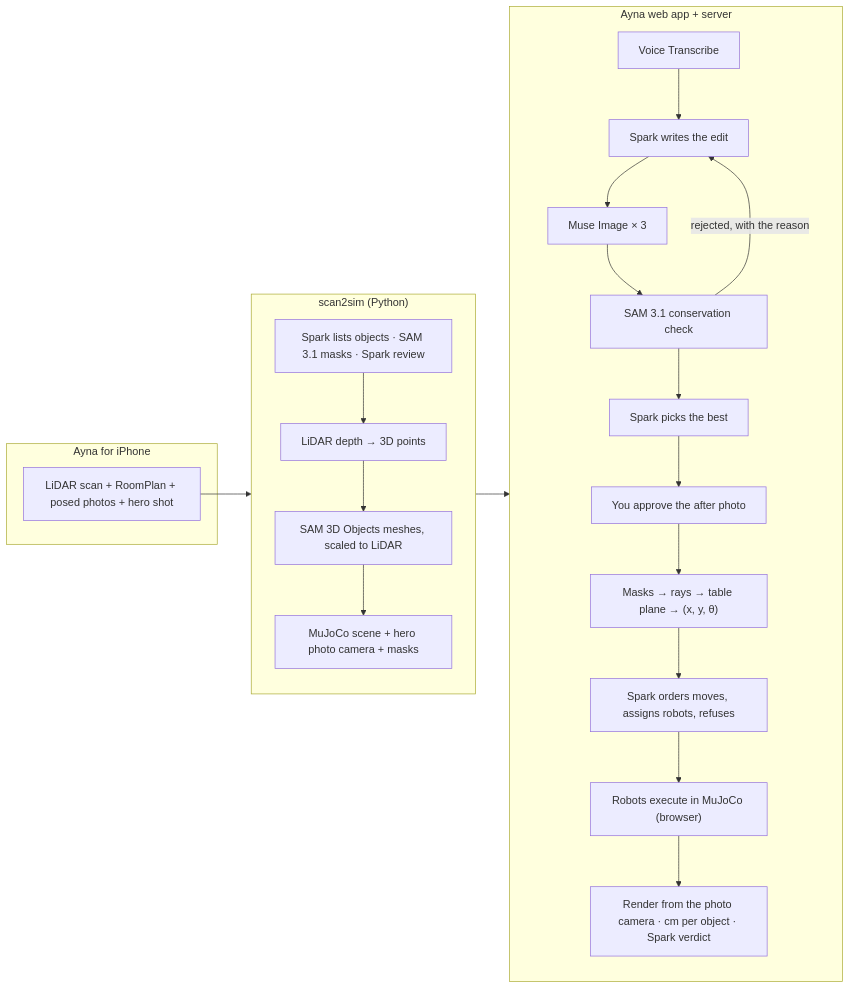
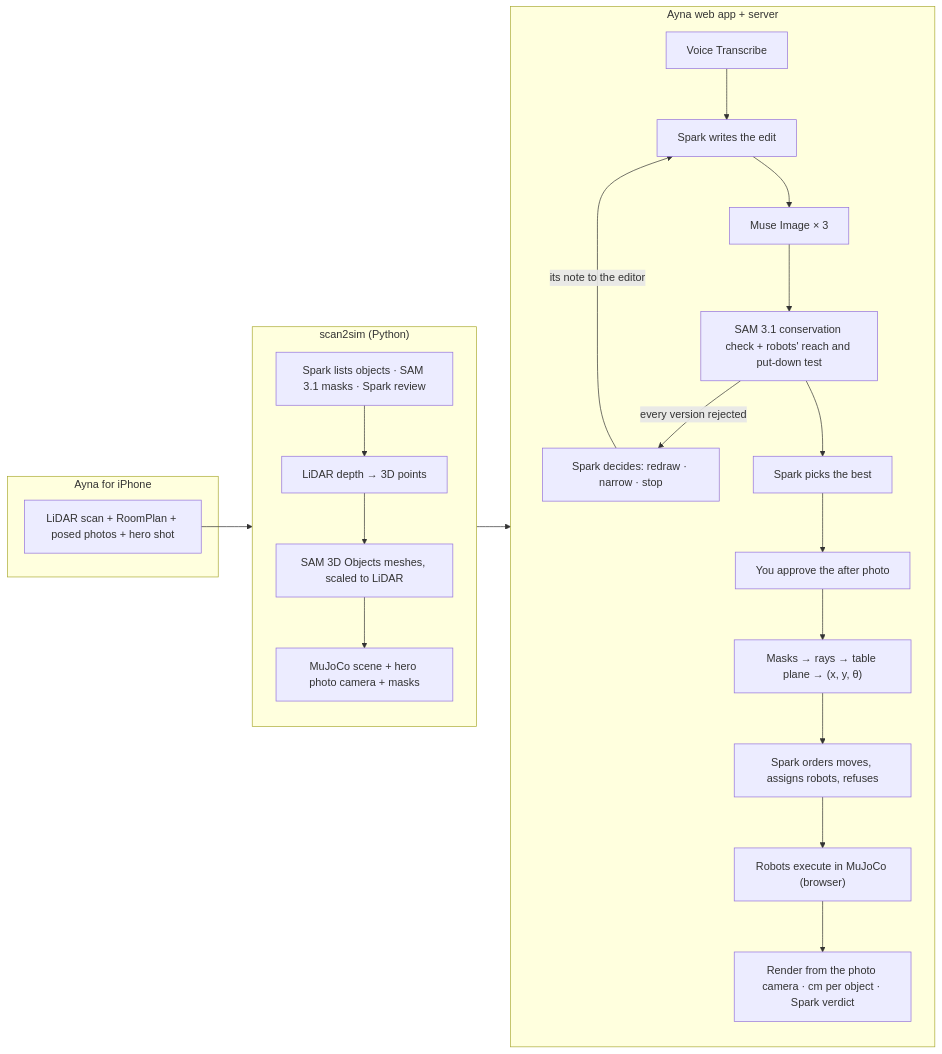
One commit to sabr2007/meta-global-hackathon changed the diagram in README.md. Above: the diagram before and after it, drawn with Mermaid. The commit also changed other lines of this file, not shown here.

Commit message:
docs: README's loop shows Spark's decision between rounds and the feasibility check

````diff
--- a/README.md
+++ b/README.md
@@ -49,26 +49,27 @@
 ```mermaid
 flowchart LR
   subgraph phone["Ayna for iPhone"]
     scan["LiDAR scan + RoomPlan + posed photos + hero shot"]
   end
   subgraph pipeline["scan2sim (Python)"]
     perceive["Spark lists objects · SAM 3.1 masks · Spark review"]
     lift["LiDAR depth → 3D points"]
     sam3d["SAM 3D Objects meshes, scaled to LiDAR"]
     bundle["MuJoCo scene + hero photo camera + masks"]
     perceive --> lift --> sam3d --> bundle
   end
   subgraph app["Ayna web app + server"]
     voice["Voice Transcribe"] --> instruct["Spark writes the edit"]
     instruct --> imagine["Muse Image × 3"]
-    imagine --> check["SAM 3.1 conservation check"]
-    check -- rejected, with the reason --> instruct
+    imagine --> check["SAM 3.1 conservation check + robots' reach and put-down test"]
+    check -- every version rejected --> decide["Spark decides: redraw · narrow · stop"]
+    decide -- its note to the editor --> instruct
     check --> judge["Spark picks the best"]
     judge --> approve["You approve the after photo"]
     approve --> goals["Masks → rays → table plane → (x, y, θ)"]
     goals --> plan["Spark orders moves, assigns robots, refuses"]
     plan --> sim["Robots execute in MuJoCo (browser)"]
     sim --> verify["Render from the photo camera · cm per object · Spark verdict"]
   end
   scan --> pipeline --> app
 ```
````
